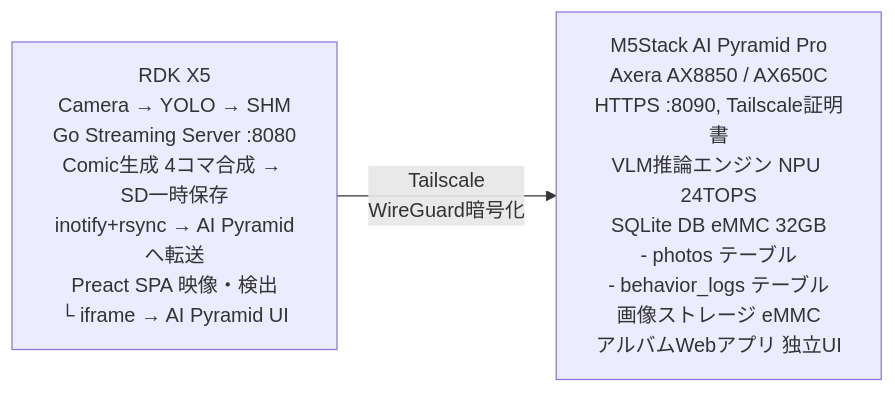
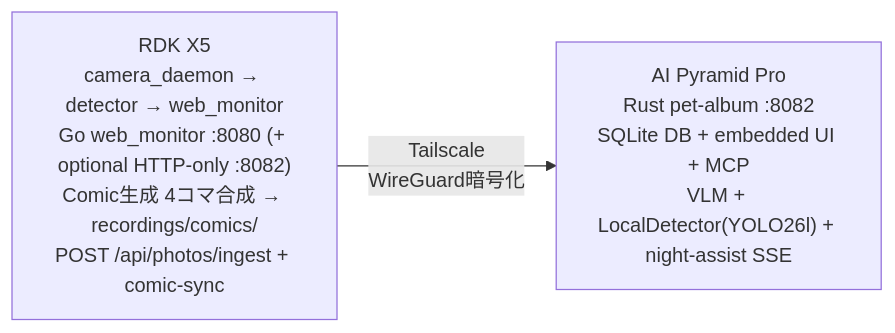
The first of 5 diagrams in docs/pet-album-spec.md (dj-oyu/rdk-x5_smart-pet-camera), drawn with Mermaid before and after one commit. The commit also changed other lines of this file and 7 other files, not shown here.

Commit message:
Refresh docs to match current camera and ai-pyramid design (#179)

````diff
--- a/docs/pet-album-spec.md
+++ b/docs/pet-album-spec.md
@@ -14,6 +14,6 @@
 ```mermaid
 graph LR
-  RDK["RDK X5<br/>Camera → YOLO → SHM<br/>Go Streaming Server :8080<br/>Comic生成 4コマ合成 → SD一時保存<br/>inotify+rsync → AI Pyramidへ転送<br/>Preact SPA 映像・検出<br/>└ iframe → AI Pyramid UI"]
-  AIP["M5Stack AI Pyramid Pro<br/>Axera AX8850 / AX650C<br/>HTTPS :8090, Tailscale証明書<br/>VLM推論エンジン NPU 24TOPS<br/>SQLite DB eMMC 32GB<br/>- photos テーブル<br/>- behavior_logs テーブル<br/>画像ストレージ eMMC<br/>アルバムWebアプリ 独立UI"]
+  RDK["RDK X5<br/>camera_daemon → detector → web_monitor<br/>Go web_monitor :8080 (+ optional HTTP-only :8082)<br/>Comic生成 4コマ合成 → recordings/comics/<br/>POST /api/photos/ingest + comic-sync"]
+  AIP["AI Pyramid Pro<br/>Rust pet-album :8082<br/>SQLite DB + embedded UI + MCP<br/>VLM + LocalDetector(YOLO26l) + night-assist SSE"]
   RDK -- "Tailscale<br/>WireGuard暗号化" --> AIP
 ```
````
